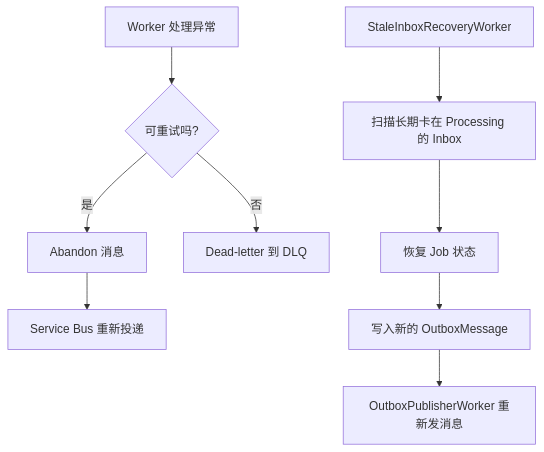
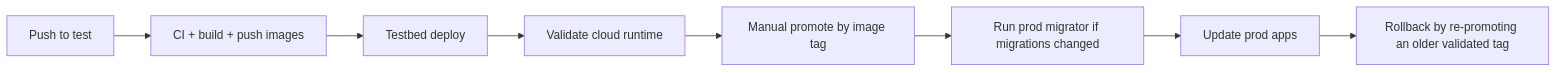
One commit to haoyucheng369-gif/DocFlowCloud changed the fourth of 4 diagrams in docs/system-flow.md. Above: the diagram before and after it, drawn with Mermaid. The commit also changed other lines of this file and 7 other files, not shown here.

Commit message:
Refine docs, promotion flow, and homepage demo layout

````diff
--- a/docs/system-flow.md
+++ b/docs/system-flow.md
@@ -77,11 +90,10 @@
 ```mermaid
-flowchart TD
-    A[Worker 处理异常] --> B{可重试吗?}
-    B -->|是| C[Abandon 消息]
-    C --> D[Service Bus 重新投递]
-    B -->|否| E[Dead-letter 到 DLQ]
-    F[StaleInboxRecoveryWorker] --> G[扫描长期卡在 Processing 的 Inbox]
-    G --> H[恢复 Job 状态]
-    H --> I[写入新的 OutboxMessage]
-    I --> J[OutboxPublisherWorker 重新发消息]
+flowchart LR
+    A[Push to test] --> B[CI + build + push images]
+    B --> C[Testbed deploy]
+    C --> D[Validate cloud runtime]
+    D --> E[Manual promote by image tag]
+    E --> F[Run prod migrator if migrations changed]
+    F --> G[Update prod apps]
+    G --> H[Rollback by re-promoting an older validated tag]
 ```
````
